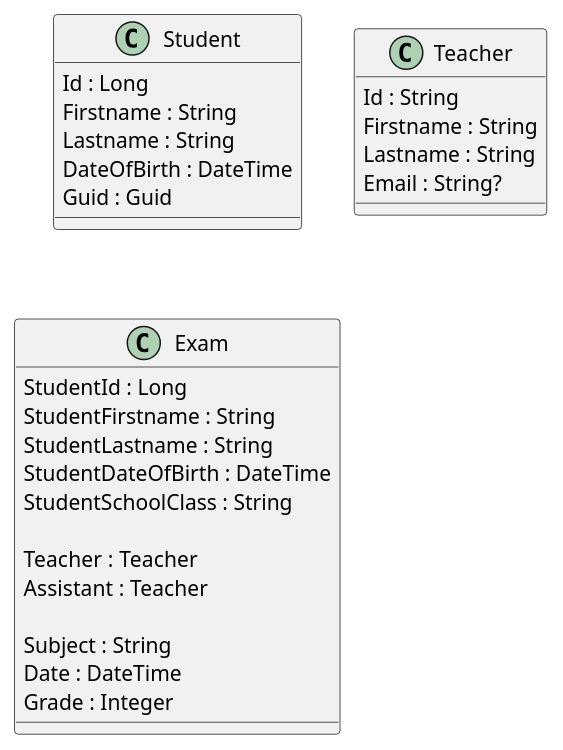
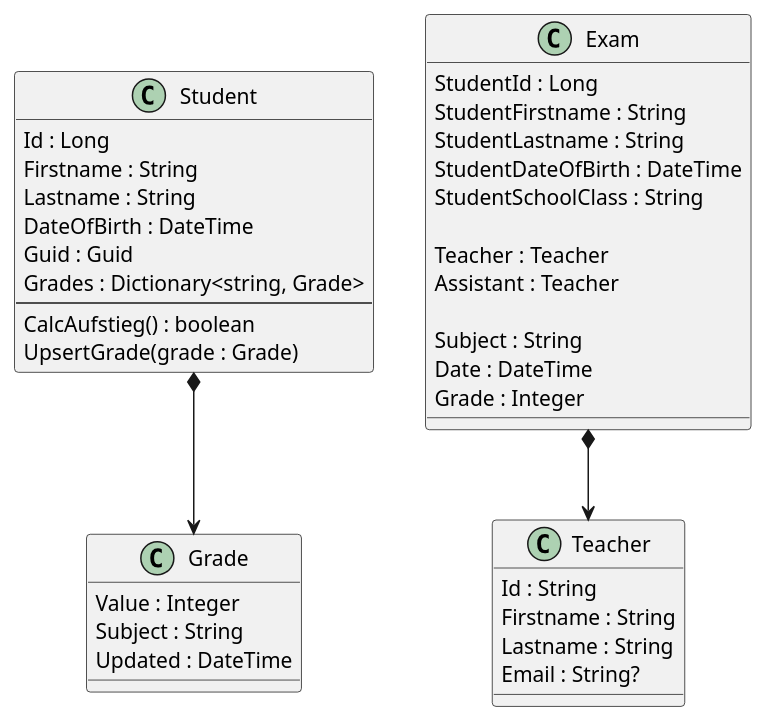
Before and after one commit to schletz/Dbi3Sem: the diagram in 13_NoSQL/Projekt Pruefungsverwaltung/01 Modell.md, drawn with PlantUML. The commit also changed 4 other files, not shown here.

````diff
--- a/13_NoSQL/Projekt Pruefungsverwaltung/01 Modell.md
+++ b/13_NoSQL/Projekt Pruefungsverwaltung/01 Modell.md
@@ -18,34 +18,46 @@
 ```plantuml
 @startuml
 class Student {
    Id : Long
    Firstname : String
    Lastname : String
    DateOfBirth : DateTime
    Guid : Guid
+   Grades : Dictionary<string, Grade>
+   ---
+   CalcAufstieg() : boolean
+   UpsertGrade(grade : Grade)
 }
 
+class Grade {
+    Value : Integer
+    Subject : String
+    Updated : DateTime
+}
 class Teacher {
     Id : String
     Firstname : String
     Lastname : String
     Email : String?
 }
 
 class Exam {
     StudentId : Long
     StudentFirstname : String
     StudentLastname : String
     StudentDateOfBirth : DateTime
     StudentSchoolClass : String
 
     Teacher : Teacher
     Assistant : Teacher
 
     Subject : String
     Date : DateTime
     Grade : Integer
 }
 
+Exam *--> Teacher
+Student *--> Grade
+
 @enduml
 ```
````
